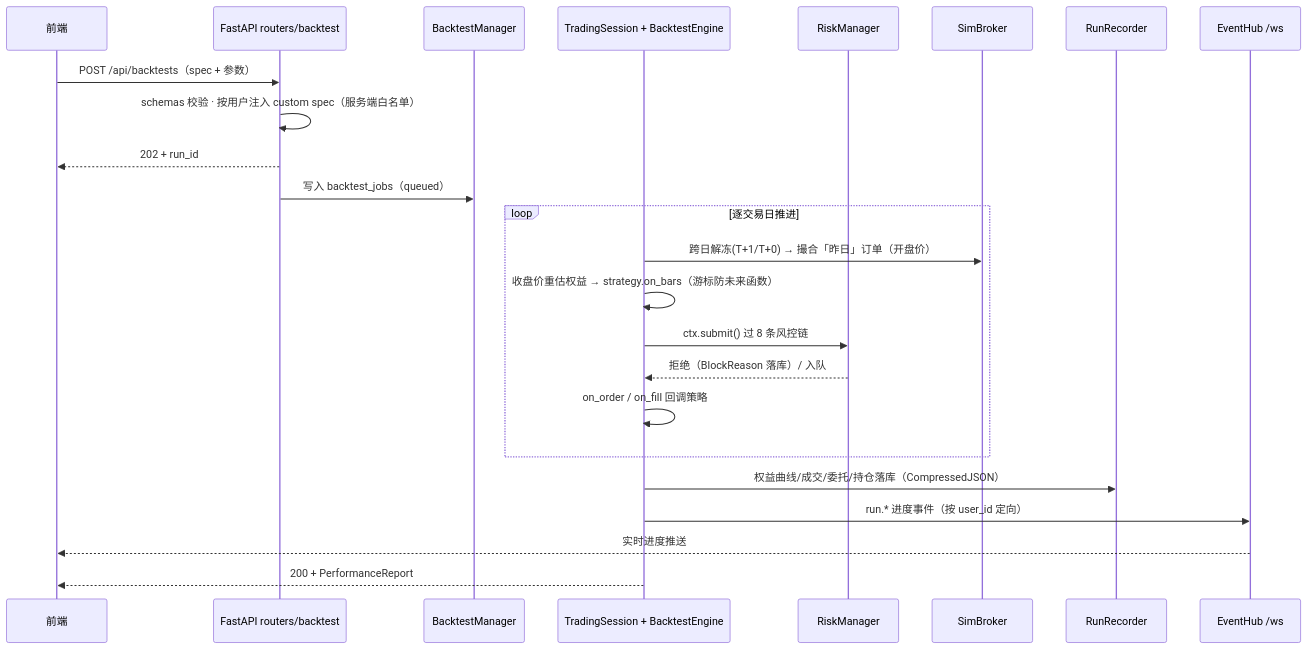
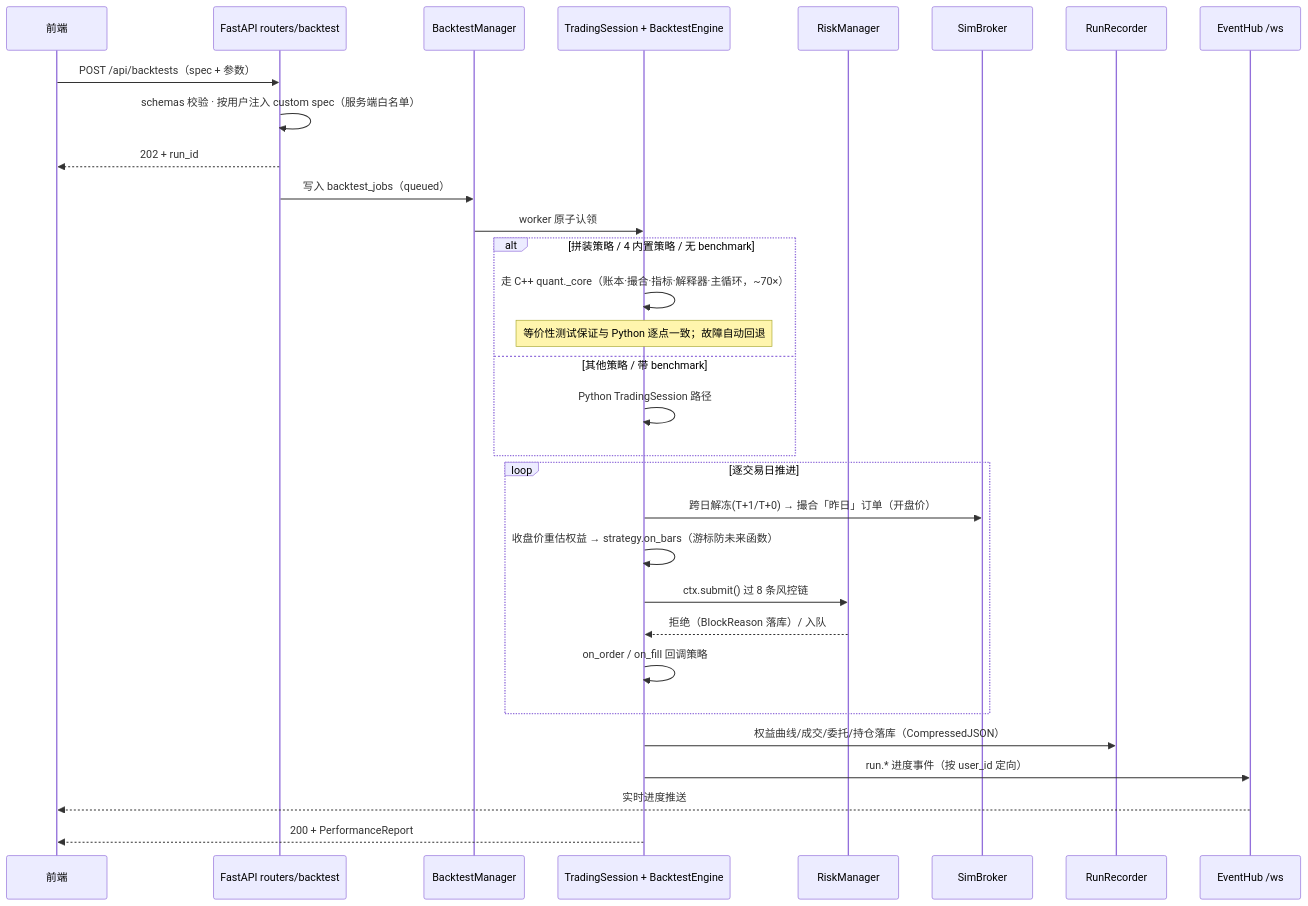
The second of 4 diagrams in docs/FRAMEWORK.md (wblacksnoww/Quant), drawn with Mermaid before and after one commit. The commit also changed other lines of this file and 1 other file, not shown here.

First line of the commit message:
文档：README 新架构图（Python 业务层 + C++ 策略层）与策略执行路径表；FRAMEWORK.md 更新混合架构图

````diff
--- a/docs/FRAMEWORK.md
+++ b/docs/FRAMEWORK.md
@@ -93,27 +100,34 @@
 ```mermaid
 sequenceDiagram
     participant FE as 前端
     participant API as FastAPI routers/backtest
     participant BM as BacktestManager
     participant ENG as TradingSession + BacktestEngine
     participant RK as RiskManager
     participant BK as SimBroker
     participant DB as RunRecorder
     participant WS as EventHub /ws
 
     FE->>API: POST /api/backtests（spec + 参数）
     API->>API: schemas 校验 · 按用户注入 custom spec（服务端白名单）
     API-->>FE: 202 + run_id
     API->>BM: 写入 backtest_jobs（queued）
+    BM->>ENG: worker 原子认领
+    alt 拼装策略 / 4 内置策略 / 无 benchmark
+        ENG->>ENG: 走 C++ quant._core（账本·撮合·指标·解释器·主循环，~70×）
+        Note over ENG: 等价性测试保证与 Python 逐点一致；故障自动回退
+    else 其他策略 / 带 benchmark
+        ENG->>ENG: Python TradingSession 路径
+    end
     loop 逐交易日推进
         ENG->>BK: 跨日解冻(T+1/T+0) → 撮合「昨日」订单（开盘价）
         ENG->>ENG: 收盘价重估权益 → strategy.on_bars（游标防未来函数）
         ENG->>RK: ctx.submit() 过 8 条风控链
         RK-->>ENG: 拒绝（BlockReason 落库）/ 入队
         ENG->>ENG: on_order / on_fill 回调策略
     end
     ENG->>DB: 权益曲线/成交/委托/持仓落库（CompressedJSON）
     ENG->>WS: run.* 进度事件（按 user_id 定向）
     WS-->>FE: 实时进度推送
     ENG-->>FE: 200 + PerformanceReport
 ```
````
